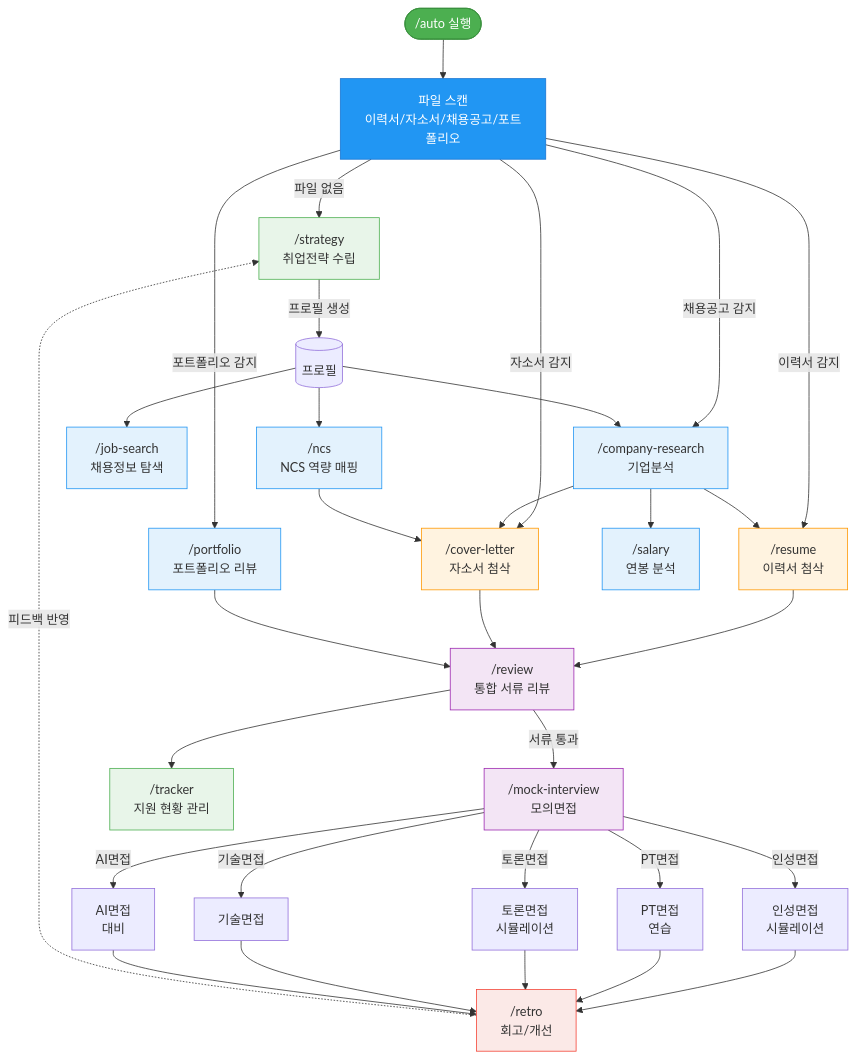
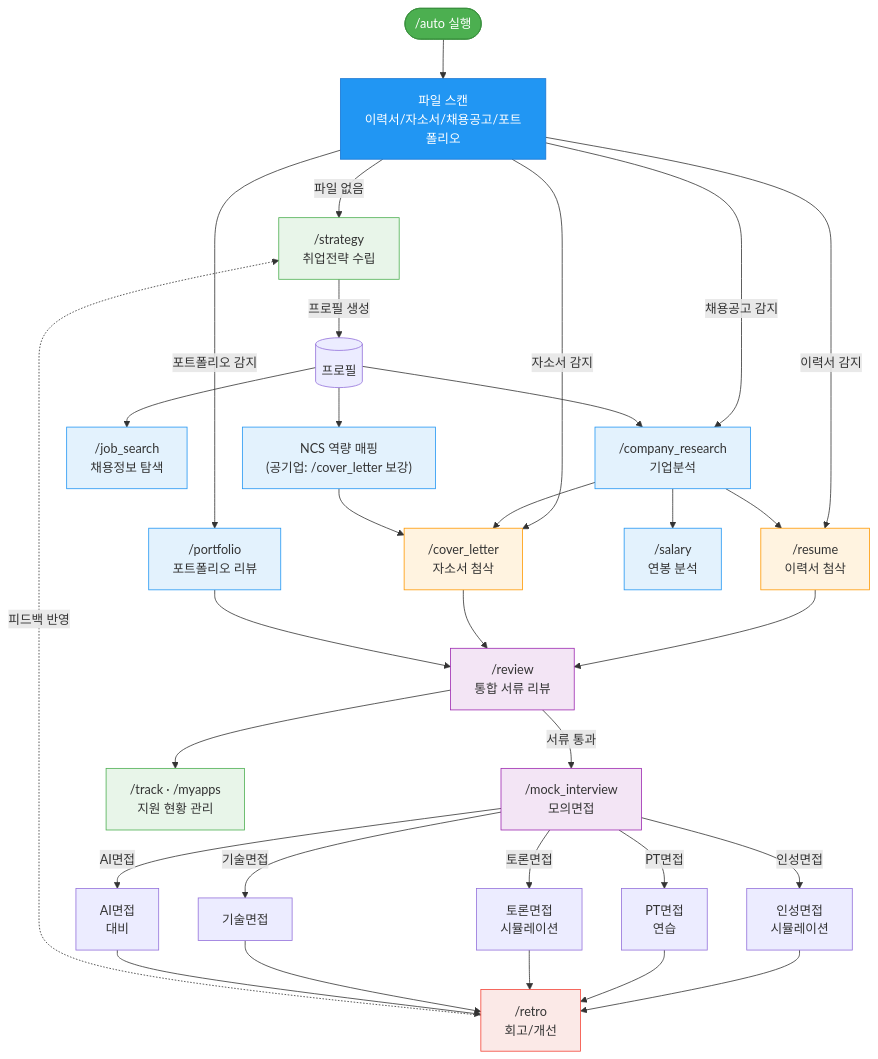
The first of 3 diagrams in README.md (wogho/jobstack), drawn with Mermaid before and after one commit. The commit also changed other lines of this file and 5 other files, not shown here.

First line of the commit message:
fix(skills): 리뷰 반영 — mock-interview 잔존 표기·README 명령 정책 정합·표기 lint 신설

````diff
--- a/README.md
+++ b/README.md
@@ -23,44 +23,44 @@
 ```mermaid
 flowchart TB
     Start(["/auto 실행"]):::start --> Scan["파일 스캔<br/>이력서/자소서/채용공고/포트폴리오"]:::scan
 
     Scan --> |"파일 없음"| Strategy["/strategy<br/>취업전략 수립"]:::tier1
     Scan --> |"이력서 감지"| Resume["/resume<br/>이력서 첨삭"]:::tier3
-    Scan --> |"자소서 감지"| CoverLetter["/cover-letter<br/>자소서 첨삭"]:::tier3
-    Scan --> |"채용공고 감지"| CompanyResearch["/company-research<br/>기업분석"]:::tier2
+    Scan --> |"자소서 감지"| CoverLetter["/cover_letter<br/>자소서 첨삭"]:::tier3
+    Scan --> |"채용공고 감지"| CompanyResearch["/company_research<br/>기업분석"]:::tier2
     Scan --> |"포트폴리오 감지"| Portfolio["/portfolio<br/>포트폴리오 리뷰"]:::tier2
 
     Strategy --> |"프로필 생성"| Profile[(프로필)]
     Profile --> CompanyResearch
-    Profile --> JobSearch["/job-search<br/>채용정보 탐색"]:::tier2
-    Profile --> NCS["/ncs<br/>NCS 역량 매핑"]:::tier2
+    Profile --> JobSearch["/job_search<br/>채용정보 탐색"]:::tier2
+    Profile --> NCS["NCS 역량 매핑<br/>(공기업: /cover_letter 보강)"]:::tier2
 
     CompanyResearch --> Resume
     CompanyResearch --> CoverLetter
     CompanyResearch --> Salary["/salary<br/>연봉 분석"]:::tier2
 
     NCS --> CoverLetter
     Resume --> Review["/review<br/>통합 서류 리뷰"]:::tier4
     CoverLetter --> Review
     Portfolio --> Review
 
-    Review --> |"서류 통과"| MockInterview["/mock-interview<br/>모의면접"]:::tier4
-    Review --> Tracker["/tracker<br/>지원 현황 관리"]:::tier1
+    Review --> |"서류 통과"| MockInterview["/mock_interview<br/>모의면접"]:::tier4
+    Review --> Tracker["/track · /myapps<br/>지원 현황 관리"]:::tier1
 
     MockInterview --> |"인성면접"| MI1["인성면접<br/>시뮬레이션"]
     MockInterview --> |"PT면접"| MI2["PT면접<br/>연습"]
     MockInterview --> |"토론면접"| MI3["토론면접<br/>시뮬레이션"]
     MockInterview --> |"기술면접"| MI4["기술면접"]
     MockInterview --> |"AI면접"| MI5["AI면접<br/>대비"]
 
     MI1 & MI2 & MI3 & MI4 & MI5 --> Retro["/retro<br/>회고/개선"]:::retro
     Retro -.-> |"피드백 반영"| Strategy
 
     classDef start fill:#4CAF50,color:#fff,stroke:#388E3C
     classDef scan fill:#2196F3,color:#fff,stroke:#1976D2
     classDef tier1 fill:#E8F5E9,stroke:#4CAF50
     classDef tier2 fill:#E3F2FD,stroke:#2196F3
     classDef tier3 fill:#FFF3E0,stroke:#FF9800
     classDef tier4 fill:#F3E5F5,stroke:#9C27B0
     classDef retro fill:#FBE9E7,stroke:#F44336
 ```
````
